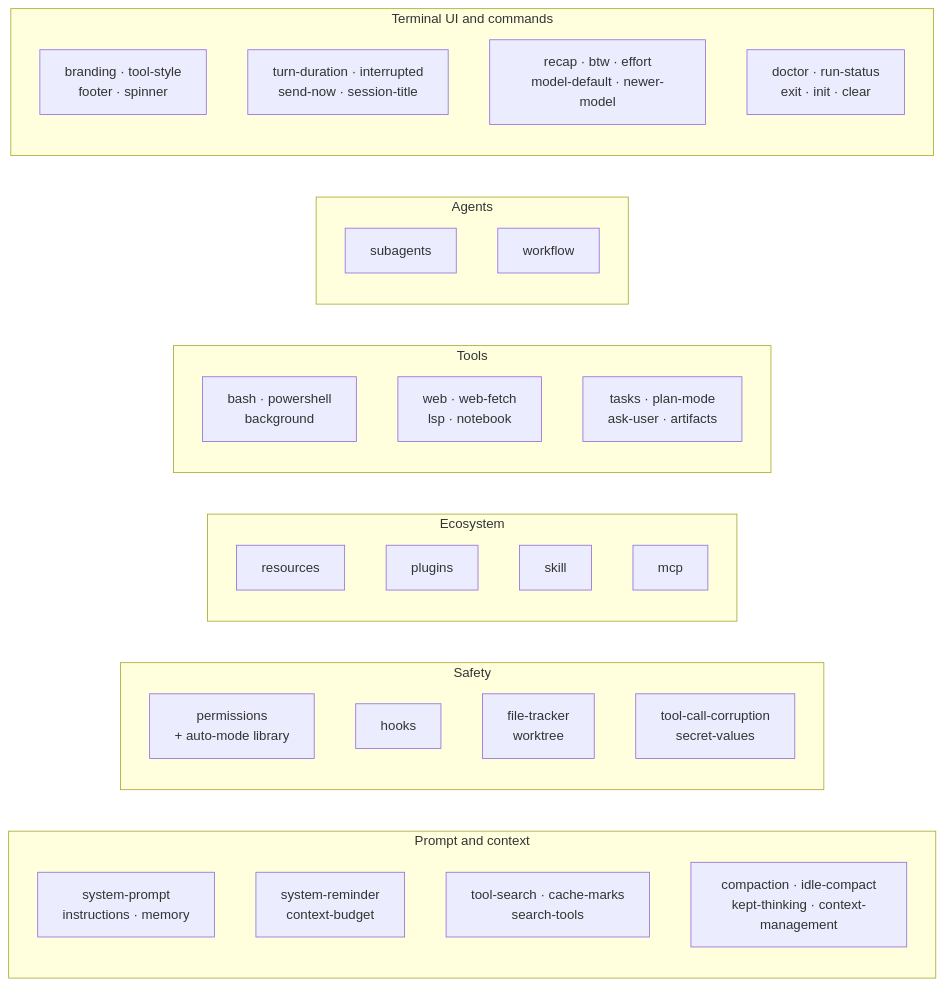
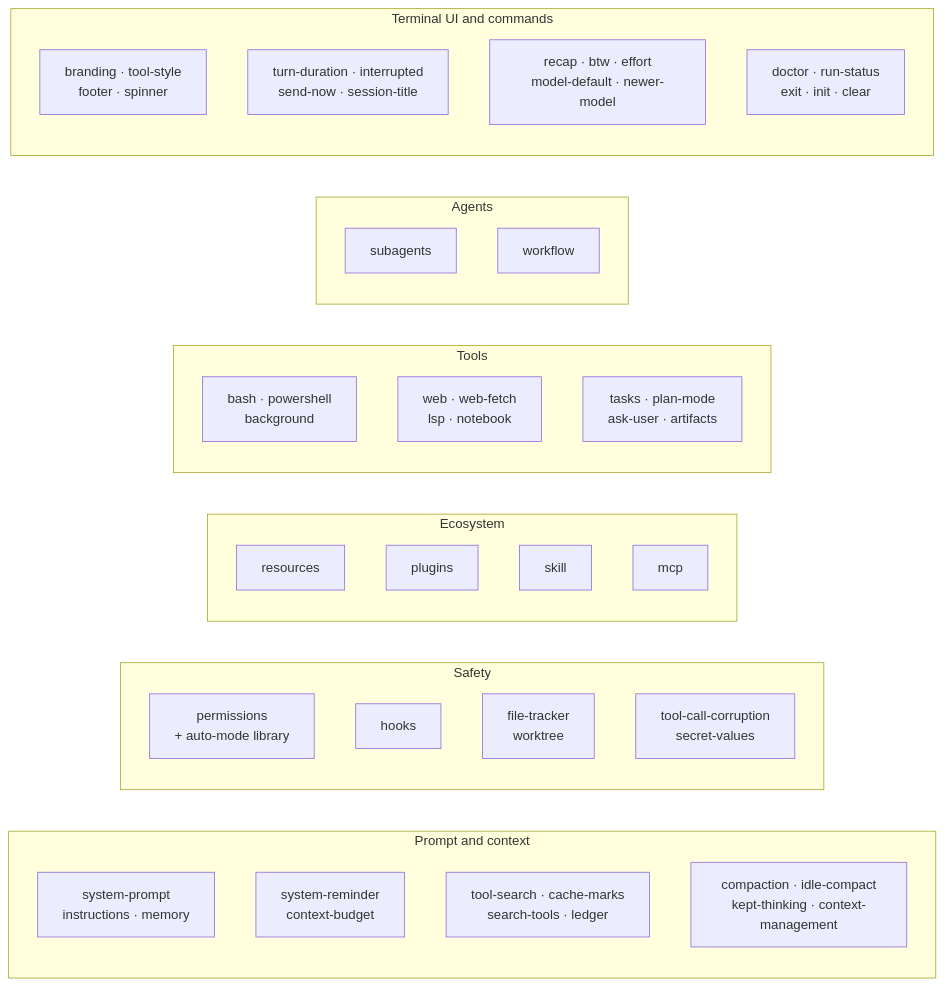
One commit to IsuruMaduranga/one-code changed the second of 7 diagrams in docs/dev/architecture.md. Above: the diagram before and after it, drawn with Mermaid. The commit also changed other lines of this file and 2 other files, not shown here.

Commit message:
List every loaded instruction file in /memory
/memory walked a fixed layout, so an instruction file the context loads
from somewhere else (a file in the project's config folder, the managed
file) was in every request and missing from the list. Every discovered
file not already listed is now appended by its path, above the
auto-memory folder row.

The developer architecture page's extension map gains the ledger.

````diff
--- a/docs/dev/architecture.md
+++ b/docs/dev/architecture.md
@@ -83,41 +83,41 @@
 ```mermaid
 flowchart LR
     subgraph ctx["Prompt and context"]
         c1["system-prompt<br/>instructions · memory"]
         c2["system-reminder<br/>context-budget"]
-        c3["tool-search · cache-marks<br/>search-tools"]
+        c3["tool-search · cache-marks<br/>search-tools · ledger"]
         c4["compaction · idle-compact<br/>kept-thinking · context-management"]
     end
 
     subgraph safety["Safety"]
         s1["permissions<br/>+ auto-mode library"]
         s2["hooks"]
         s3["file-tracker<br/>worktree"]
         s4["tool-call-corruption<br/>secret-values"]
     end
 
     subgraph eco["Ecosystem"]
         e1["resources"]
         e2["plugins"]
         e3["skill"]
         e4["mcp"]
     end
 
     subgraph tools["Tools"]
         t1["bash · powershell<br/>background"]
         t2["web · web-fetch<br/>lsp · notebook"]
         t3["tasks · plan-mode<br/>ask-user · artifacts"]
     end
 
     subgraph agents["Agents"]
         g1["subagents"]
         g2["workflow"]
     end
 
     subgraph ui["Terminal UI and commands"]
         u1["branding · tool-style<br/>footer · spinner"]
         u2["turn-duration · interrupted<br/>send-now · session-title"]
         u3["recap · btw · effort<br/>model-default · newer-model"]
         u4["doctor · run-status<br/>exit · init · clear"]
     end
 ```
````
